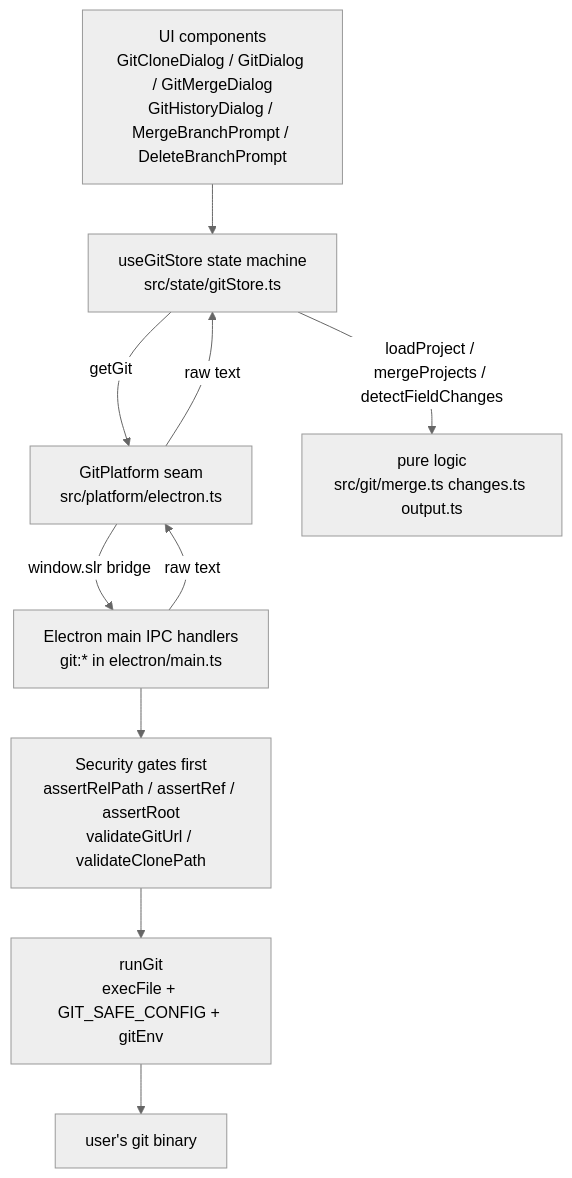
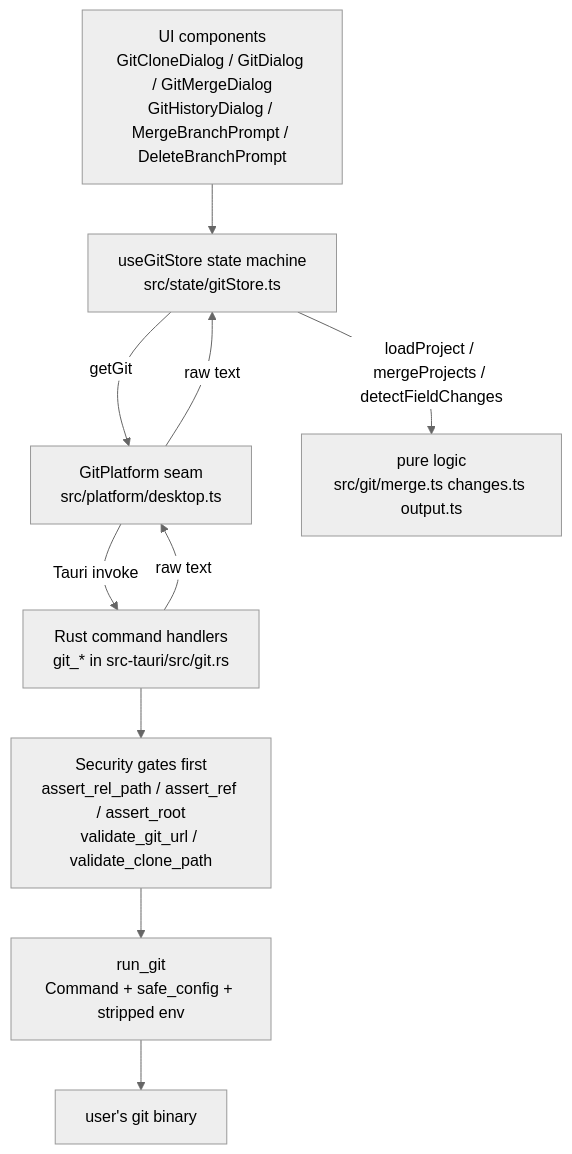
Before and after one commit to Gram21/SaiLoR: the first of 4 diagrams in openwiki/workflows/git-integration.md, drawn with Mermaid (neutral theme). The commit also changed other lines of this file and 41 other files, not shown here.

Commit message:
docs: refresh openwiki pages and add graph, progressive loading and demo pages

````diff
--- a/openwiki/workflows/git-integration.md
+++ b/openwiki/workflows/git-integration.md
@@ -67,12 +68,12 @@
 ```mermaid
 flowchart TD
   UI["UI components<br/>GitCloneDialog / GitDialog / GitMergeDialog<br/>GitHistoryDialog / MergeBranchPrompt / DeleteBranchPrompt"] --> GS["useGitStore state machine<br/>src/state/gitStore.ts"]
-  GS -->|getGit| GP["GitPlatform seam<br/>src/platform/electron.ts"]
-  GP -->|window.slr bridge| IPC["Electron main IPC handlers<br/>git:* in electron/main.ts"]
-  IPC --> SEC["Security gates first<br/>assertRelPath / assertRef / assertRoot<br/>validateGitUrl / validateClonePath"]
-  SEC --> RG["runGit<br/>execFile + GIT_SAFE_CONFIG + gitEnv"]
+  GS -->|getGit| GP["GitPlatform seam<br/>src/platform/desktop.ts"]
+  GP -->|Tauri invoke| IPC["Rust command handlers<br/>git_* in src-tauri/src/git.rs"]
+  IPC --> SEC["Security gates first<br/>assert_rel_path / assert_ref / assert_root<br/>validate_git_url / validate_clone_path"]
+  SEC --> RG["run_git<br/>Command + safe_config + stripped env"]
   RG --> GIT["user's git binary"]
   IPC -->|raw text| GP
   GP -->|raw text| GS
   GS -->|loadProject / mergeProjects / detectFieldChanges| LOGIC["pure logic<br/>src/git/merge.ts changes.ts output.ts"]
 ```
````
